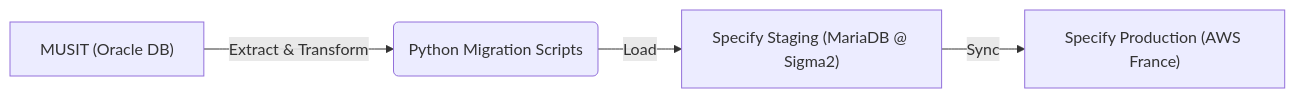
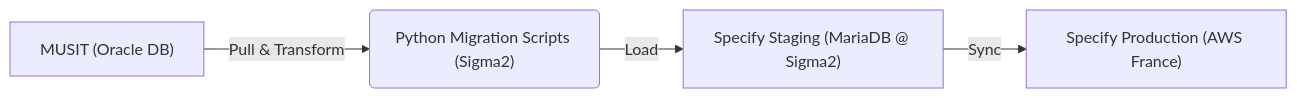
Before and after one commit to UniMus-Natur/migration: the diagram in docs/architecture.md, drawn with Mermaid. The commit also changed other lines of this file, not shown here.

Commit message:
docs: Clarify migration logic by specifying execution environment, data pulling, and loading mechanism in the architecture diagram and component description.

````diff
--- a/docs/architecture.md
+++ b/docs/architecture.md
@@ -9,6 +9,6 @@
 ```mermaid
 graph LR
-    A["MUSIT (Oracle DB)"] -->|Extract & Transform| B("Python Migration Scripts")
+    A["MUSIT (Oracle DB)"] -->|Pull & Transform| B("Python Migration Scripts (Sigma2)")
     B -->|Load| C["Specify Staging (MariaDB @ Sigma2)"]
     C -->|Sync| D["Specify Production (AWS France)"]
 ```
````
